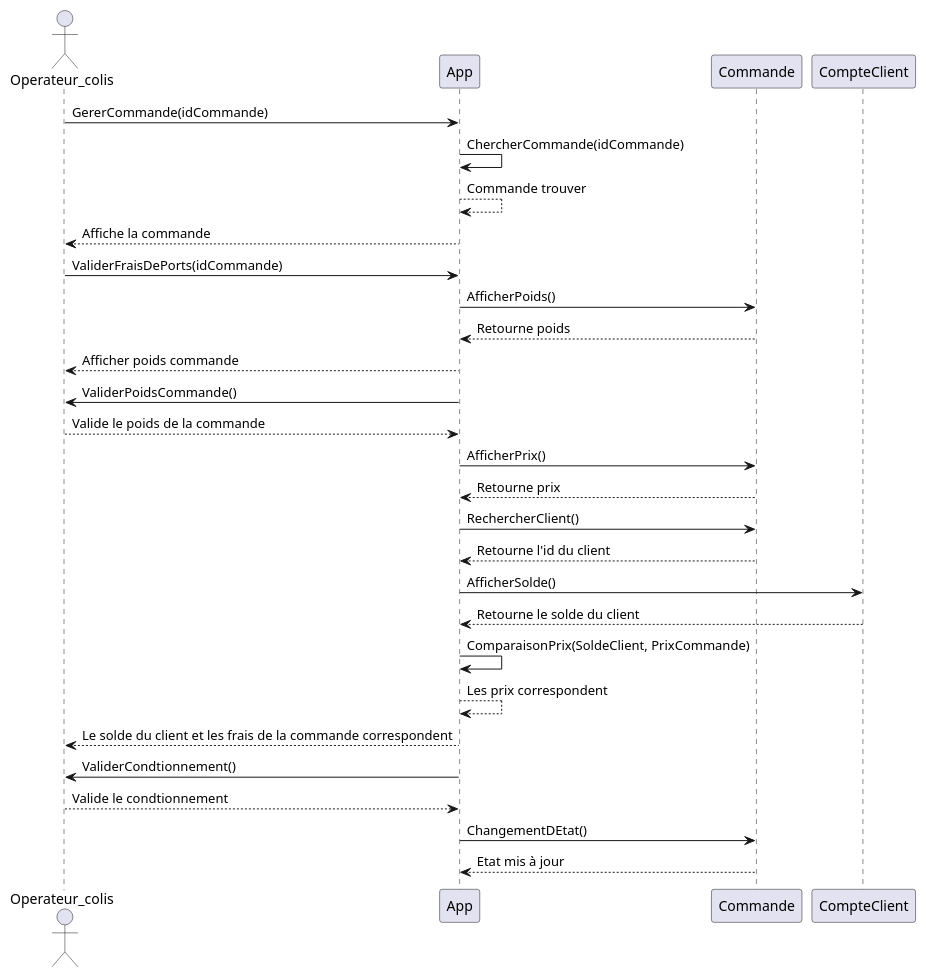
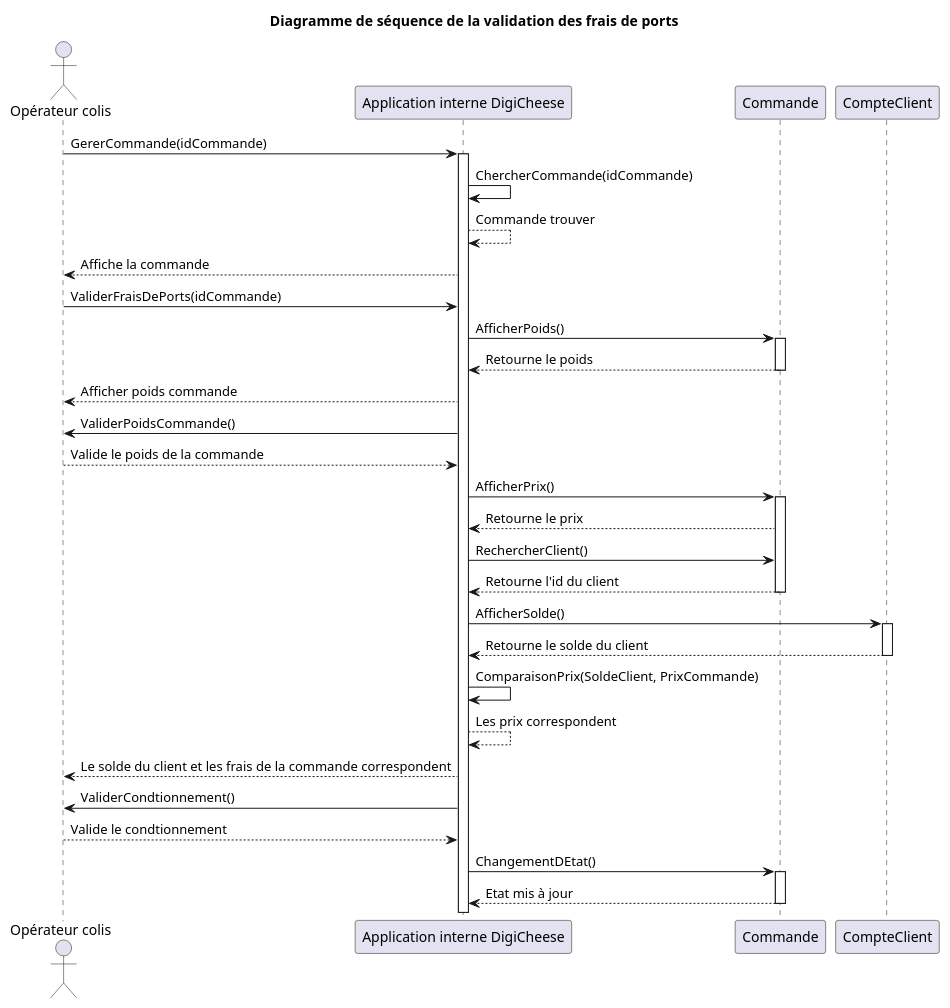
One commit to Bluwen/Conception_d_une_application_informatique changed the diagram in Cas_séquence/DS_Validation_Du_Conditionnement_Fraisdeport.puml. Above: the diagram before and after it, drawn with PlantUML. The commit also changed 11 other files, not shown here.

Commit message:
Mise au points du vocabulaire des diagrammes

```diff
--- a/Cas_séquence/DS_Validation_Du_Conditionnement_Fraisdeport.puml
+++ b/Cas_séquence/DS_Validation_Du_Conditionnement_Fraisdeport.puml
@@ -1,39 +1,50 @@
 @startuml validation frais de port/conditionnement
 
-actor Operateur_colis
+actor "Opérateur colis"
 
-Operateur_colis -> App : GererCommande(idCommande)
-App -> App : ChercherCommande(idCommande)
-App --> App : Commande trouver
-App --> Operateur_colis : Affiche la commande
+"Opérateur colis" -> "Application interne DigiCheese" : GererCommande(idCommande)
+activate "Application interne DigiCheese"
 
-Operateur_colis -> App : ValiderFraisDePorts(idCommande)
+"Application interne DigiCheese" -> "Application interne DigiCheese" : ChercherCommande(idCommande)
+"Application interne DigiCheese" --> "Application interne DigiCheese" : Commande trouver
+"Application interne DigiCheese" --> "Opérateur colis" : Affiche la commande
 
-App -> Commande : AfficherPoids()
-Commande --> App : Retourne poids
+"Opérateur colis" -> "Application interne DigiCheese" : ValiderFraisDePorts(idCommande)
 
-App --> Operateur_colis : Afficher poids commande
-App -> Operateur_colis : ValiderPoidsCommande()
-Operateur_colis --> App : Valide le poids de la commande
+"Application interne DigiCheese" -> Commande : AfficherPoids()
+activate Commande
+Commande --> "Application interne DigiCheese" : Retourne le poids
+deactivate Commande
 
-App -> Commande : AfficherPrix()
-Commande --> App : Retourne prix
+"Application interne DigiCheese" --> "Opérateur colis" : Afficher poids commande
+"Application interne DigiCheese" -> "Opérateur colis" : ValiderPoidsCommande()
+"Opérateur colis" --> "Application interne DigiCheese" : Valide le poids de la commande
 
-App -> Commande : RechercherClient()
-Commande --> App : Retourne l'id du client
+"Application interne DigiCheese" -> Commande : AfficherPrix()
+activate Commande
+Commande --> "Application interne DigiCheese" : Retourne le prix
 
-App -> CompteClient : AfficherSolde()
-CompteClient --> App : Retourne le solde du client
+"Application interne DigiCheese" -> Commande : RechercherClient()
+Commande --> "Application interne DigiCheese" : Retourne l'id du client
+deactivate Commande
 
-App -> App : ComparaisonPrix(SoldeClient, PrixCommande)
-App --> App : Les prix correspondent
+"Application interne DigiCheese" -> CompteClient : AfficherSolde()
+activate CompteClient
+CompteClient --> "Application interne DigiCheese" : Retourne le solde du client
+deactivate CompteClient
 
-App --> Operateur_colis : Le solde du client et les frais de la commande correspondent
+"Application interne DigiCheese" -> "Application interne DigiCheese" : ComparaisonPrix(SoldeClient, PrixCommande)
+"Application interne DigiCheese" --> "Application interne DigiCheese" : Les prix correspondent
+"Application interne DigiCheese" --> "Opérateur colis" : Le solde du client et les frais de la commande correspondent
 
-App -> Operateur_colis : ValiderCondtionnement()
-Operateur_colis --> App : Valide le condtionnement
+"Application interne DigiCheese" -> "Opérateur colis" : ValiderCondtionnement()
+"Opérateur colis" --> "Application interne DigiCheese" : Valide le condtionnement
 
-App -> Commande : ChangementDEtat()
-Commande --> App : Etat mis à jour
+"Application interne DigiCheese" -> Commande : ChangementDEtat()
+activate Commande
+Commande --> "Application interne DigiCheese" : Etat mis à jour
+deactivate Commande
 
+
+title Diagramme de séquence de la validation des frais de ports
 @enduml
```
